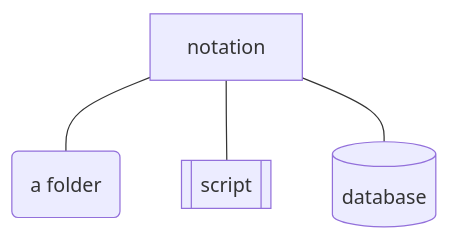
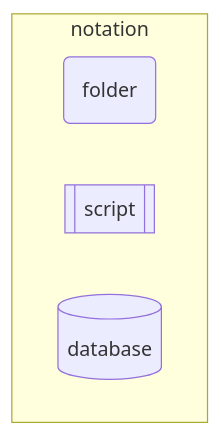
One commit to abelardoaguilar/mini-devel changed the first of 2 diagrams in README.md. Above: the diagram before and after it, drawn with Mermaid. The commit also changed other lines of this file, not shown here.

Commit message:
+ mermaid fiagram

````diff
--- a/README.md
+++ b/README.md
@@ -4,8 +3,10 @@
 ```mermaid
 flowchart TD
-    A[notation] --- B(a folder)
-    A --- C[[script]]
-    A --- D[(database)]
+    subgraph ide1 [notation]
+    B(folder)
+    C[[script]]
+    D[(database)]
+    end
 
 
 ```
````
